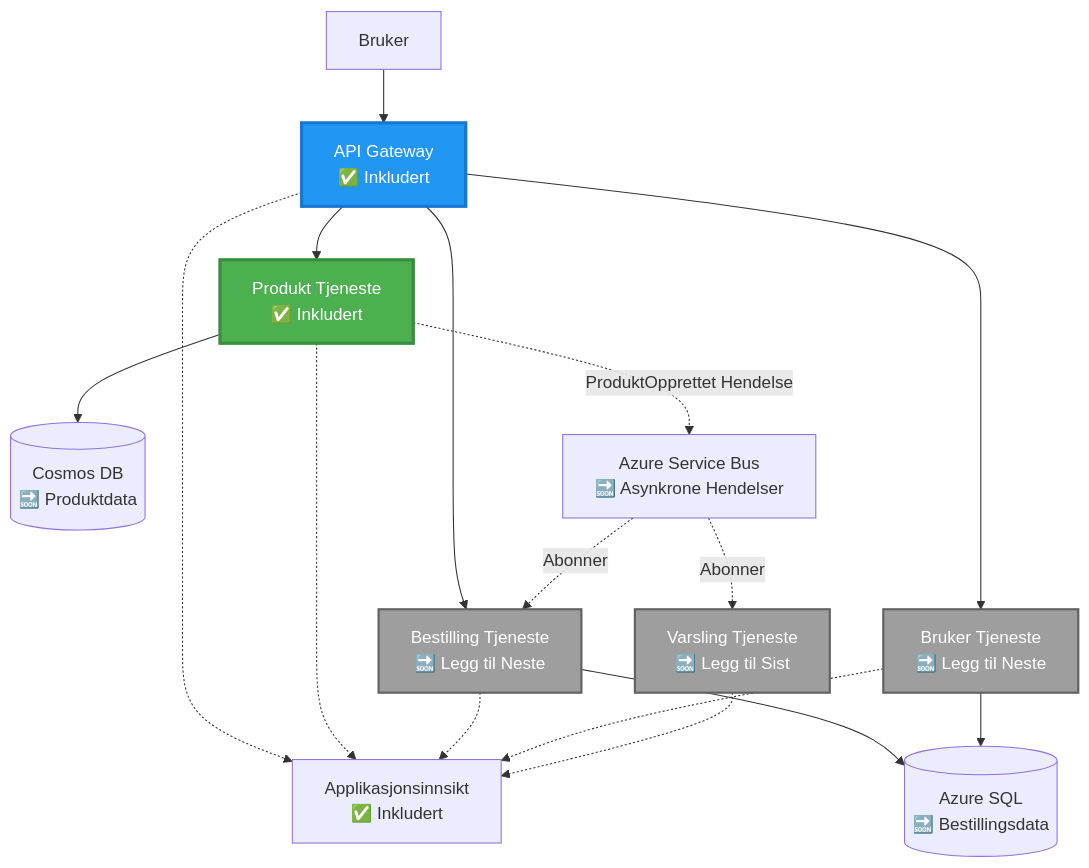
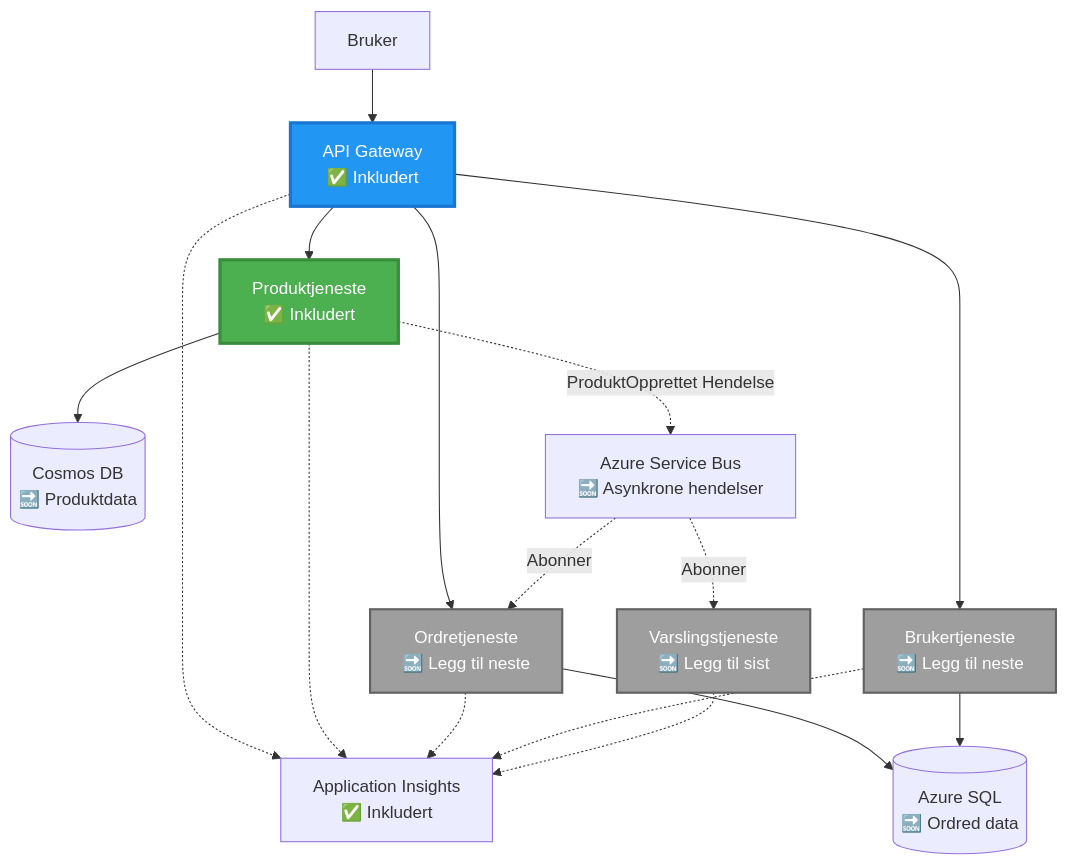
The second of 4 diagrams in translations/no/examples/microservices/README.md (microsoft/AZD-for-beginners), drawn with Mermaid before and after one commit. The commit also changed other lines of this file and 242 other files, not shown here.

````diff
--- a/translations/no/examples/microservices/README.md
+++ b/translations/no/examples/microservices/README.md
@@ -78,39 +69,39 @@
 ```mermaid
 graph TB
     User[Bruker]
     Gateway[API Gateway<br/>✅ Inkludert]
-    Product[Produkt Tjeneste<br/>✅ Inkludert]
-    Order[Bestilling Tjeneste<br/>🔜 Legg til Neste]
-    UserSvc[Bruker Tjeneste<br/>🔜 Legg til Neste]
-    Notify[Varsling Tjeneste<br/>🔜 Legg til Sist]
+    Product[Produktjeneste<br/>✅ Inkludert]
+    Order[Ordretjeneste<br/>🔜 Legg til neste]
+    UserSvc[Brukertjeneste<br/>🔜 Legg til neste]
+    Notify[Varslingstjeneste<br/>🔜 Legg til sist]
     
     CosmosDB[(Cosmos DB<br/>🔜 Produktdata)]
-    AzureSQL[(Azure SQL<br/>🔜 Bestillingsdata)]
-    ServiceBus[Azure Service Bus<br/>🔜 Asynkrone Hendelser]
-    AppInsights[Applikasjonsinnsikt<br/>✅ Inkludert]
+    AzureSQL[(Azure SQL<br/>🔜 Ordred data)]
+    ServiceBus[Azure Service Bus<br/>🔜 Asynkrone hendelser]
+    AppInsights[Application Insights<br/>✅ Inkludert]
     
     User --> Gateway
     Gateway --> Product
     Gateway --> Order
     Gateway --> UserSvc
     
     Product --> CosmosDB
     Order --> AzureSQL
     UserSvc --> AzureSQL
     
     Product -.->|ProduktOpprettet Hendelse| ServiceBus
     ServiceBus -.->|Abonner| Notify
     ServiceBus -.->|Abonner| Order
     
     Gateway -.-> AppInsights
     Product -.-> AppInsights
     Order -.-> AppInsights
     UserSvc -.-> AppInsights
     Notify -.-> AppInsights
     
     style Product fill:#4CAF50,stroke:#388E3C,stroke-width:3px,color:#fff
     style Gateway fill:#2196F3,stroke:#1976D2,stroke-width:3px,color:#fff
     style Order fill:#9E9E9E,stroke:#616161,stroke-width:2px,color:#fff
     style UserSvc fill:#9E9E9E,stroke:#616161,stroke-width:2px,color:#fff
     style Notify fill:#9E9E9E,stroke:#616161,stroke-width:2px,color:#fff
 ```
````
